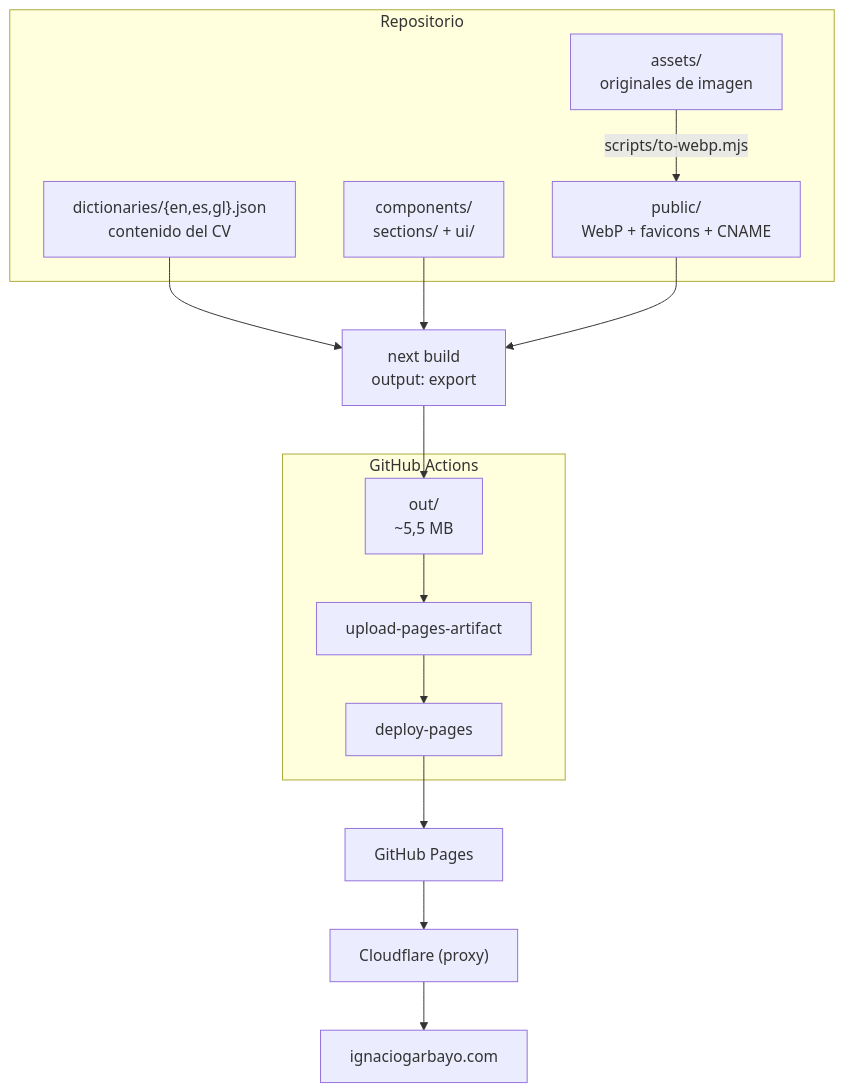
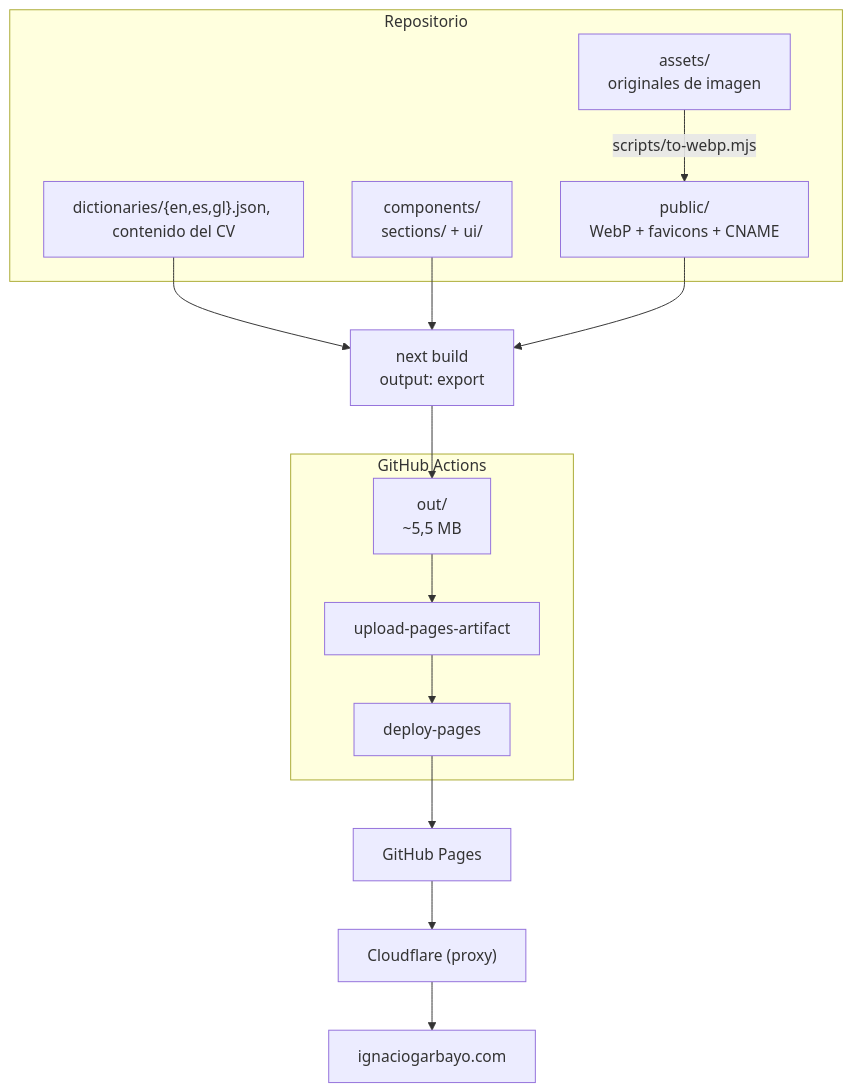
The diagram in README.md (igarbayo/web-personal), drawn with Mermaid before and after one commit.

Commit message:
Fix formatting in README.md flowchart

````diff
--- a/README.md
+++ b/README.md
@@ -33,23 +33,23 @@
 ```mermaid
 flowchart TD
     subgraph repo["Repositorio"]
-        D["dictionaries/{en,es,gl}.json<br/>contenido del CV"]
+        D["dictionaries/{en,es,gl}.json, <br/>contenido del CV"]
         C["components/<br/>sections/ + ui/"]
         A["assets/<br/>originales de imagen"]
         P["public/<br/>WebP + favicons + CNAME"]
     end
 
     A -->|"scripts/to-webp.mjs"| P
     D --> B
     C --> B
     P --> B["next build<br/>output: export"]
     B --> O["out/<br/>~5,5 MB"]
 
     subgraph ci["GitHub Actions"]
         O --> U["upload-pages-artifact"] --> DP["deploy-pages"]
     end
 
     DP --> GP["GitHub Pages"]
     GP --> CF["Cloudflare (proxy)"]
     CF --> V["ignaciogarbayo.com"]
 ```
````
